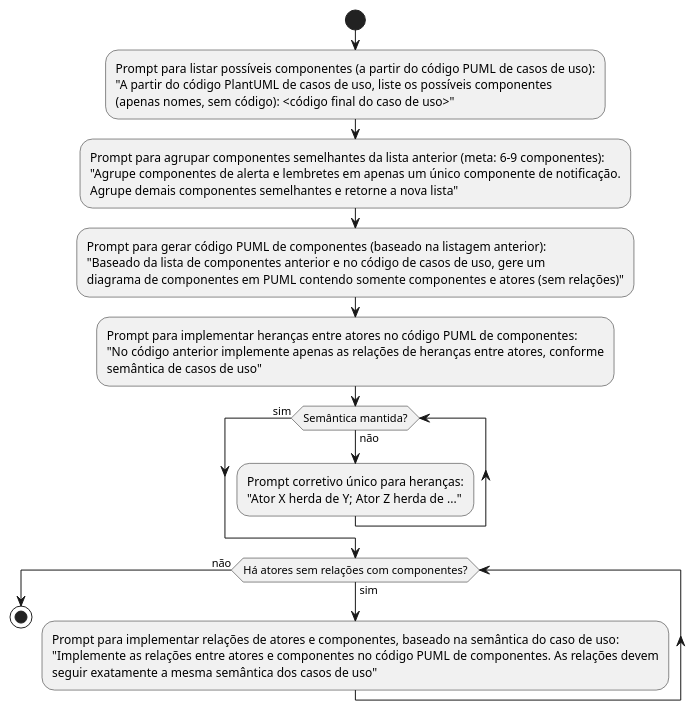
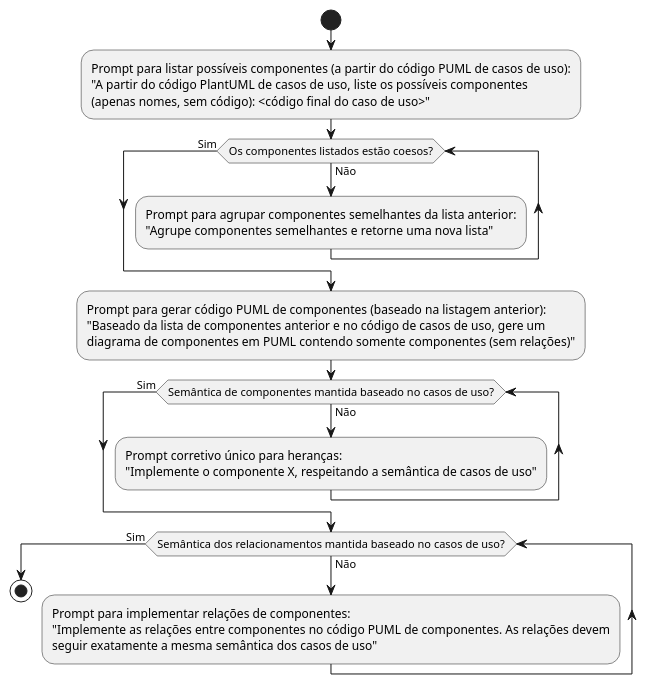
Before and after one commit to carloshenriquehannas/TCC: the diagram in EtapasMetodologia/diagAtividades-etapa3-componentes.puml, drawn with PlantUML. The commit also changed 7 other files, not shown here.

Commit message:
Verificacoes nos diagramas

```diff
--- a/EtapasMetodologia/diagAtividades-etapa3-componentes.puml
+++ b/EtapasMetodologia/diagAtividades-etapa3-componentes.puml
@@ -1,22 +1,24 @@
-@startuml
+@startuml diagAtividades-etapa3-componentes
+
 skinparam linetype ortho
 skinparam shadowing false
 skinparam monochrome true
 
 start
 
 :Prompt para listar possíveis componentes (a partir do código PUML de casos de uso):\n"A partir do código PlantUML de casos de uso, liste os possíveis componentes\n(apenas nomes, sem código): <código final do caso de uso>";
-:Prompt para agrupar componentes semelhantes da lista anterior (meta: 6–9 componentes):\n"Agrupe componentes de alerta e lembretes em apenas um único componente de notificação.\nAgrupe demais componentes semelhantes e retorne a nova lista";
-:Prompt para gerar código PUML de componentes (baseado na listagem anterior):\n"Baseado da lista de componentes anterior e no código de casos de uso, gere um\ndiagrama de componentes em PUML contendo somente componentes e atores (sem relações)";
-:Prompt para implementar heranças entre atores no código PUML de componentes:\n"No código anterior implemente apenas as relações de heranças entre atores, conforme\nsemântica de casos de uso";
+while(Os componentes listados estão coesos?) is (Não)
+  :Prompt para agrupar componentes semelhantes da lista anterior:\n"Agrupe componentes semelhantes e retorne uma nova lista";
+endwhile (Sim)
+:Prompt para gerar código PUML de componentes (baseado na listagem anterior):\n"Baseado da lista de componentes anterior e no código de casos de uso, gere um\ndiagrama de componentes em PUML contendo somente componentes (sem relações)";
 
-while (Semântica mantida?) is (não)
-  :Prompt corretivo único para heranças:\n"Ator X herda de Y; Ator Z herda de ...";
-endwhile (sim)
+while (Semântica de componentes mantida baseado no casos de uso?) is (Não)
+  :Prompt corretivo único para heranças:\n"Implemente o componente X, respeitando a semântica de casos de uso";
+endwhile (Sim)
 
-while (Há atores sem relações com componentes?) is (sim)
-    :Prompt para implementar relações de atores e componentes, baseado na semântica do caso de uso:\n"Implemente as relações entre atores e componentes no código PUML de componentes. As relações devem\nseguir exatamente a mesma semântica dos casos de uso";
-endwhile (não)
+while (Semântica dos relacionamentos mantida baseado no casos de uso?) is (Não)
+  :Prompt para implementar relações de componentes:\n"Implemente as relações entre componentes no código PUML de componentes. As relações devem\nseguir exatamente a mesma semântica dos casos de uso";
+endwhile (Sim)
 
 stop
 @enduml
```
